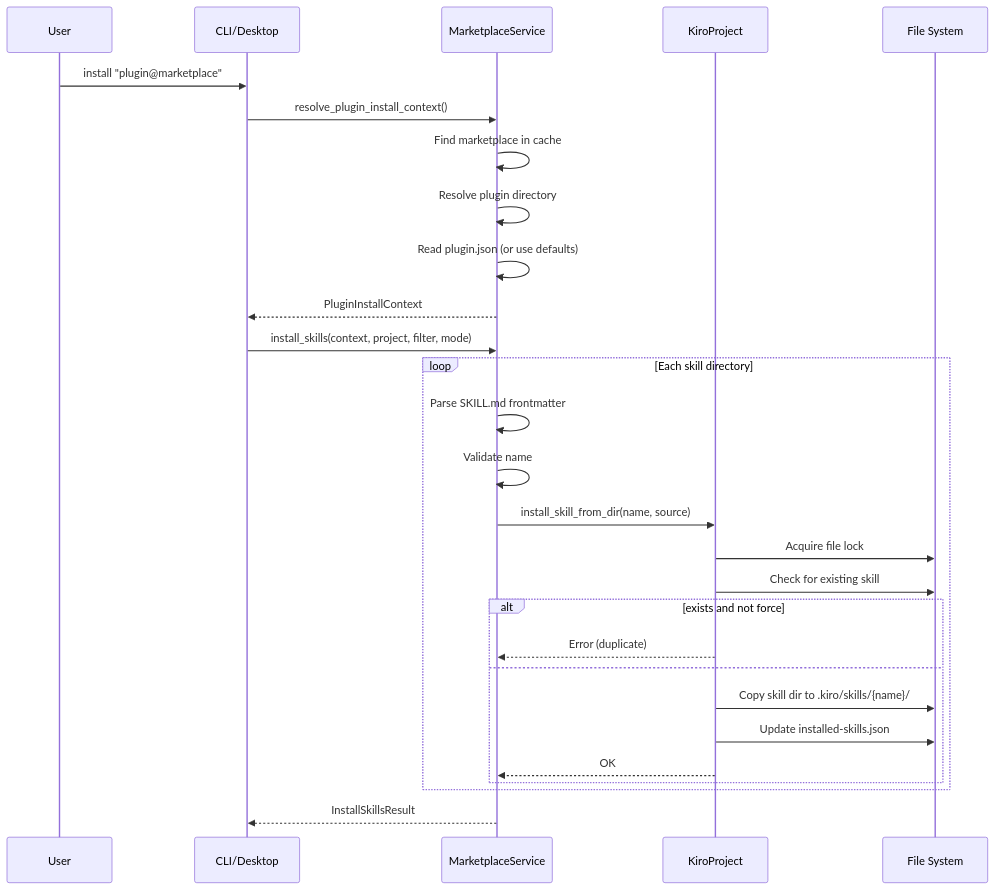
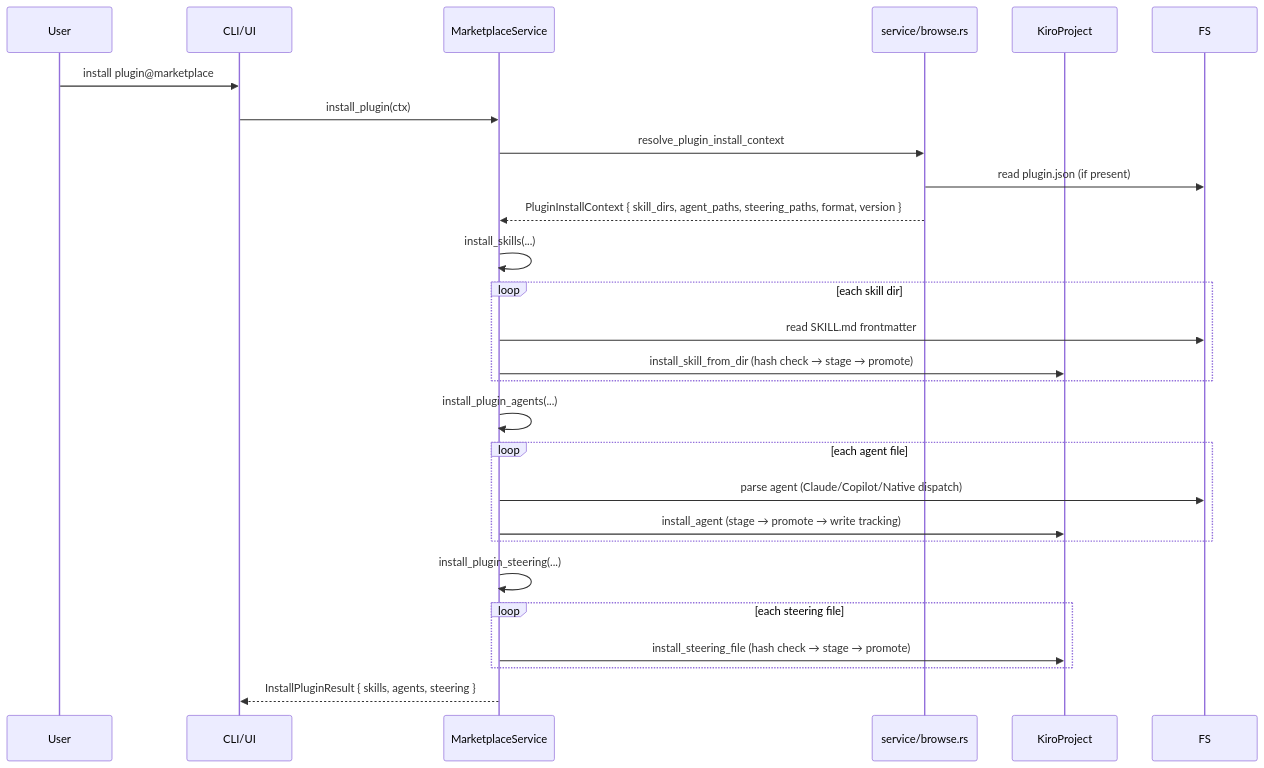
Before and after one commit to dwalleck/kiro-control-center: the second of 8 diagrams in .agents/summary/workflows.md, drawn with Mermaid. The commit also changed other lines of this file and 10 other files, not shown here.

````diff
--- a/.agents/summary/workflows.md
+++ b/.agents/summary/workflows.md
@@ -43,32 +40,30 @@
 ```mermaid
 sequenceDiagram
     participant User
-    participant Frontend as CLI/Desktop
+    participant CLI/UI
     participant Service as MarketplaceService
+    participant Browse as service/browse.rs
     participant Project as KiroProject
-    participant FS as File System
+    participant FS
 
-    User->>Frontend: install "plugin@marketplace"
-    Frontend->>Service: resolve_plugin_install_context()
-    Service->>Service: Find marketplace in cache
-    Service->>Service: Resolve plugin directory
-    Service->>Service: Read plugin.json (or use defaults)
-    Service-->>Frontend: PluginInstallContext
-
-    Frontend->>Service: install_skills(context, project, filter, mode)
-    loop Each skill directory
-        Service->>Service: Parse SKILL.md frontmatter
-        Service->>Service: Validate name
-        Service->>Project: install_skill_from_dir(name, source)
-        Project->>FS: Acquire file lock
-        Project->>FS: Check for existing skill
-        alt exists and not force
-            Project-->>Service: Error (duplicate)
-        else
-            Project->>FS: Copy skill dir to .kiro/skills/{name}/
-            Project->>FS: Update installed-skills.json
-            Project-->>Service: OK
-        end
+    User->>CLI/UI: install plugin@marketplace
+    CLI/UI->>Service: install_plugin(ctx)
+    Service->>Browse: resolve_plugin_install_context
+    Browse->>FS: read plugin.json (if present)
+    Browse-->>Service: PluginInstallContext { skill_dirs, agent_paths, steering_paths, format, version }
+    Service->>Service: install_skills(...)
+    loop each skill dir
+        Service->>FS: read SKILL.md frontmatter
+        Service->>Project: install_skill_from_dir (hash check → stage → promote)
     end
-    Service-->>Frontend: InstallSkillsResult
+    Service->>Service: install_plugin_agents(...)
+    loop each agent file
+        Service->>FS: parse agent (Claude/Copilot/Native dispatch)
+        Service->>Project: install_agent (stage → promote → write tracking)
+    end
+    Service->>Service: install_plugin_steering(...)
+    loop each steering file
+        Service->>Project: install_steering_file (hash check → stage → promote)
+    end
+    Service-->>CLI/UI: InstallPluginResult { skills, agents, steering }
 ```
````
